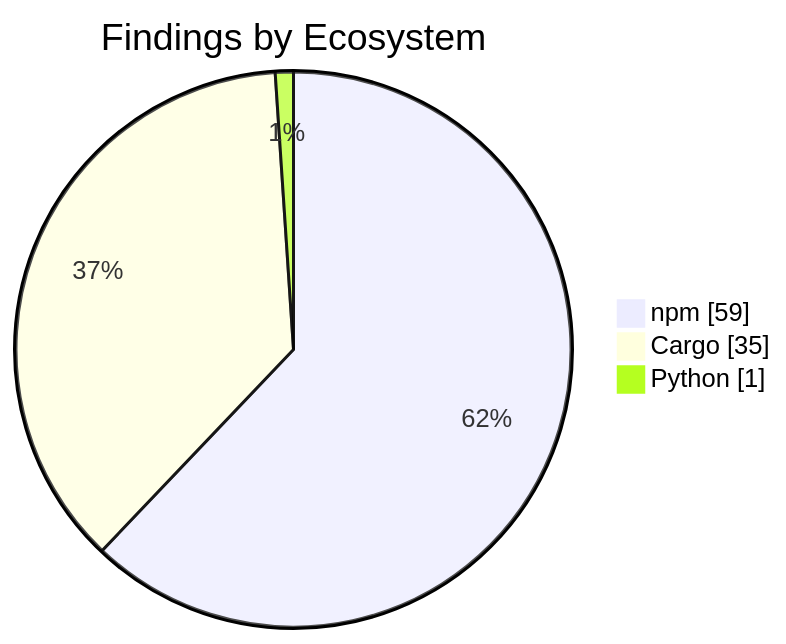
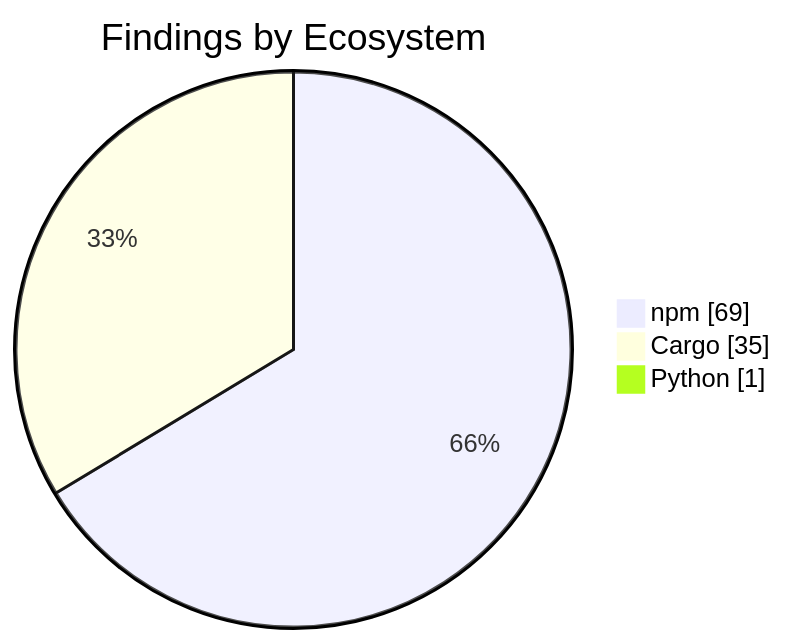
Before and after one commit to KBVE/kbve: the second of 2 diagrams in apps/kbve/astro-kbve/src/content/docs/dashboard/security.mdx, drawn with Mermaid. The commit also changed other lines of this file and 7 other files, not shown here.

````diff
--- a/apps/kbve/astro-kbve/src/content/docs/dashboard/security.mdx
+++ b/apps/kbve/astro-kbve/src/content/docs/dashboard/security.mdx
@@ -73,7 +73,7 @@
 ```mermaid
 pie showData
     title Findings by Ecosystem
-    "npm" : 59
+    "npm" : 69
     "Cargo" : 35
     "Python" : 1
 ```
````
